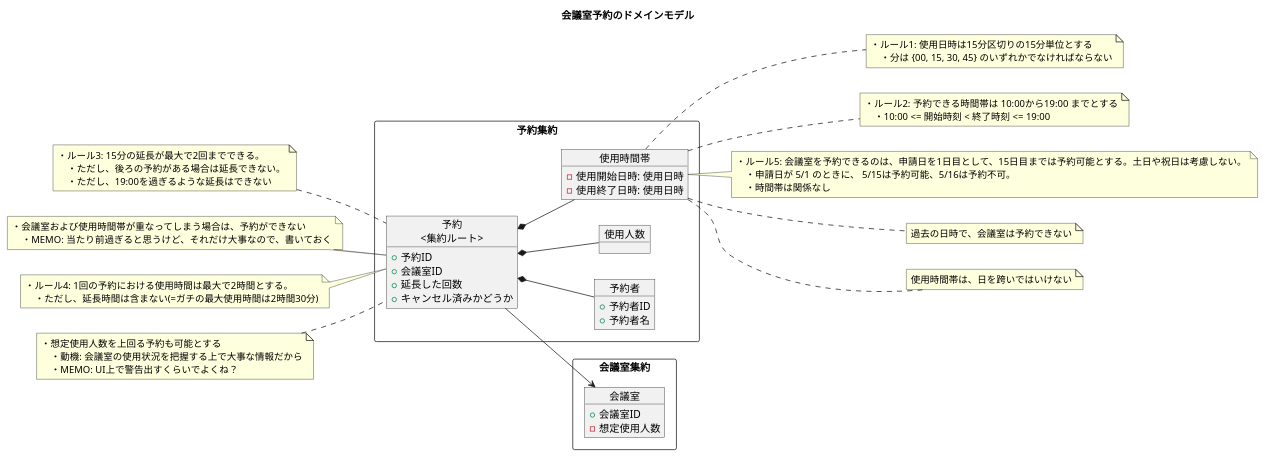
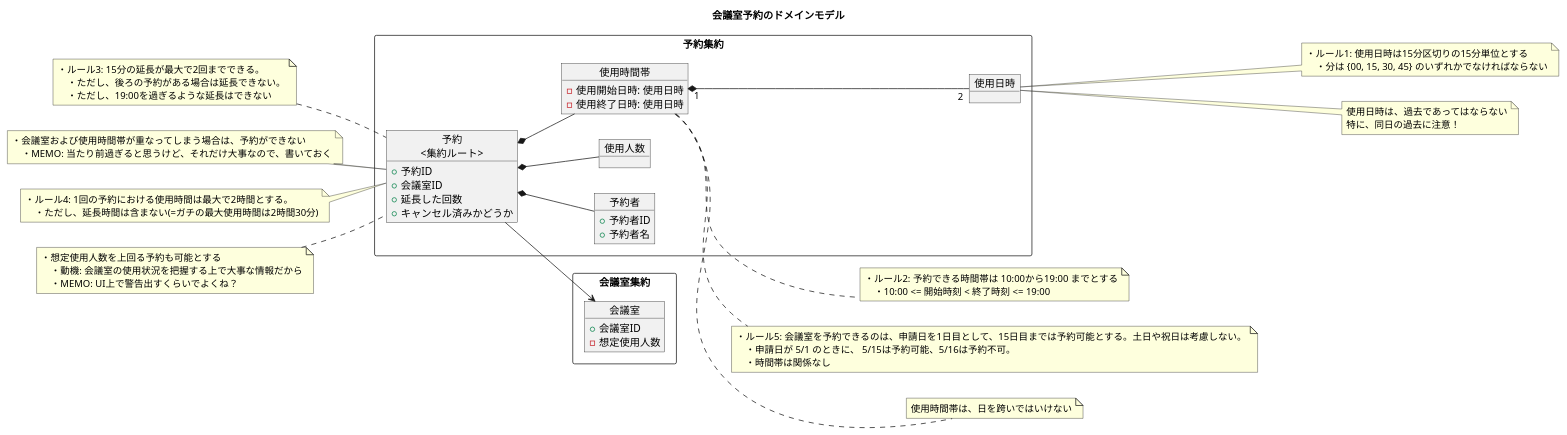
One commit to ModelingKai/meeting-room-python changed the diagram in diagram/ドメインモデル.puml. Above: the diagram before and after it, drawn with PlantUML. The commit also changed 1 other file, not shown here.

Commit message:
ドメインモデルの更新。「使用日時」と「使用時間帯」の区別をよりハッキリさせた。
- この区別は、今日の一番の発見では！
    - 「点」と「範囲」はややこしいのだ！ しっかり分けよう。
- ルールがたくさん集まっているところは、たぶん怪しい...!!!
    - 概念の分割ができていない可能性を感じる
    - 「予約」に生えている「ルール4」は結構怪しいぞ
- 発見のコーナー
    - 40分くらいの作業でも、発見できるのすごくねーか？
    - 画像でドメインモデルを残しているから、比較がとてもしやすい(GitのLogでみるのは結構ダルい)

```diff
--- a/diagram/ドメインモデル.puml
+++ b/diagram/ドメインモデル.puml
@@ -1,98 +1,105 @@
 @startuml
 
 title 会議室予約のドメインモデル
 
 left to right direction
 
 
 rectangle 予約集約 {
     object "予約\n<集約ルート>" as c1 {
         + 予約ID
         + 会議室ID
         + 延長した回数
         + キャンセル済みかどうか
     }
 
     object 予約者 {
         + 予約者ID
         + 予約者名
     }
 
     object 使用人数 {
     }
 
     object 使用時間帯 {
         - 使用開始日時: 使用日時
         - 使用終了日時: 使用日時
     }
+
+    object 使用日時 {
+    }
 }
 
 
 rectangle 会議室集約 {
     object 会議室 {
         + 会議室ID
         - 想定使用人数
     }
 }
 
 
 c1 --> 会議室
 c1 *-- 予約者
 c1 *-- 使用人数
 c1 *-- 使用時間帯
+使用時間帯 "1" *-- "2" 使用日時
 
 ' ===== 予約 =====
 note left of c1
 ・ルール3: 15分の延長が最大で2回までできる。
     ・ただし、後ろの予約がある場合は延長できない。
     ・ただし、19:00を過ぎるような延長はできない
 end note
 
 note left of c1
 ・会議室および使用時間帯が重なってしまう場合は、予約ができない
     ・MEMO: 当たり前過ぎると思うけど、それだけ大事なので、書いておく
 end note
 
 note left of c1
 ・ルール4: 1回の予約における使用時間は最大で2時間とする。
     ・ただし、延長時間は含まない(=ガチの最大使用時間は2時間30分)
 end note
 
 note left of c1
 ・想定使用人数を上回る予約も可能とする
     ・動機: 会議室の使用状況を把握する上で大事な情報だから
     ・MEMO: UI上で警告出すくらいでよくね？
 end note
 
 ' ===== 使用時間帯 =====
 note right of 使用時間帯
-・ルール1: 使用日時は15分区切りの15分単位とする
-    ・分は {00, 15, 30, 45} のいずれかでなければならない
-end note
-
-note right of 使用時間帯
 ・ルール2: 予約できる時間帯は 10:00から19:00 までとする
     ・10:00 <= 開始時刻 < 終了時刻 <= 19:00
 end note
 
 
 note right of 使用時間帯
 ・ルール5: 会議室を予約できるのは、申請日を1日目として、15日目までは予約可能とする。土日や祝日は考慮しない。
 　・申請日が 5/1 のときに、 5/15は予約可能、5/16は予約不可。
 　・時間帯は関係なし
 end note
 
 note right of 使用時間帯
-過去の日時で、会議室は予約できない
+使用時間帯は、日を跨いではいけない
 end note
 
-note right of 使用時間帯
-使用時間帯は、日を跨いではいけない
+
+' ===== 使用日時 =====
+note right of 使用日時
+・ルール1: 使用日時は15分区切りの15分単位とする
+    ・分は {00, 15, 30, 45} のいずれかでなければならない
+end note
+
+note right of 使用日時
+使用日時は、過去であってはならない
+特に、同日の過去に注意！
 end note
 
 
 
 
 
 
 @enduml
```
